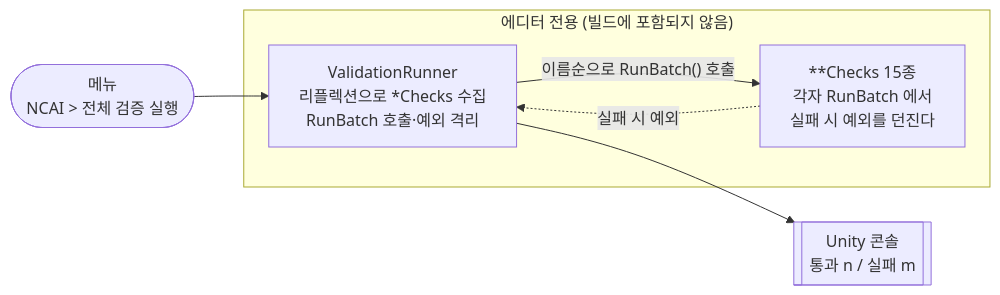
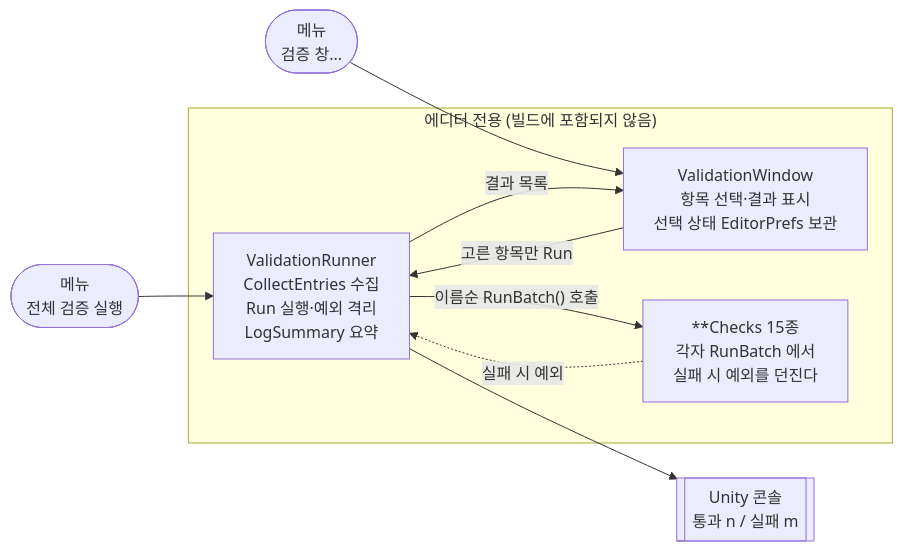
One commit to KDNA-Gwangju-1/NCAIClicker changed the diagram in docs/TECH_NOTES/validation-harness.md. Above: the diagram before and after it, drawn with Mermaid. The commit also changed other lines of this file and 1 other file, not shown here.

````diff
--- a/docs/TECH_NOTES/validation-harness.md
+++ b/docs/TECH_NOTES/validation-harness.md
@@ -34,16 +68,21 @@
 ```mermaid
 flowchart LR
-  menu(["메뉴<br/>NCAI > 전체 검증 실행"])
+  menuAll(["메뉴<br/>전체 검증 실행"])
+  menuWin(["메뉴<br/>검증 창..."])
 
   subgraph Editor["에디터 전용 (빌드에 포함되지 않음)"]
-    runner[ValidationRunner<br/>리플렉션으로 *Checks 수집<br/>RunBatch 호출·예외 격리]
+    window[ValidationWindow<br/>항목 선택·결과 표시<br/>선택 상태 EditorPrefs 보관]
+    runner[ValidationRunner<br/>CollectEntries 수집<br/>Run 실행·예외 격리<br/>LogSummary 요약]
     checks[**Checks 15종<br/>각자 RunBatch 에서<br/>실패 시 예외를 던진다]
   end
 
   console[["Unity 콘솔<br/>통과 n / 실패 m"]]
 
-  menu --> runner
-  runner -- "이름순으로 RunBatch() 호출" --> checks
+  menuAll --> runner
+  menuWin --> window
+  window -- "고른 항목만 Run" --> runner
+  runner -- "이름순 RunBatch() 호출" --> checks
   checks -. "실패 시 예외" .-> runner
   runner --> console
+  runner -- "결과 목록" --> window
 ```
````
